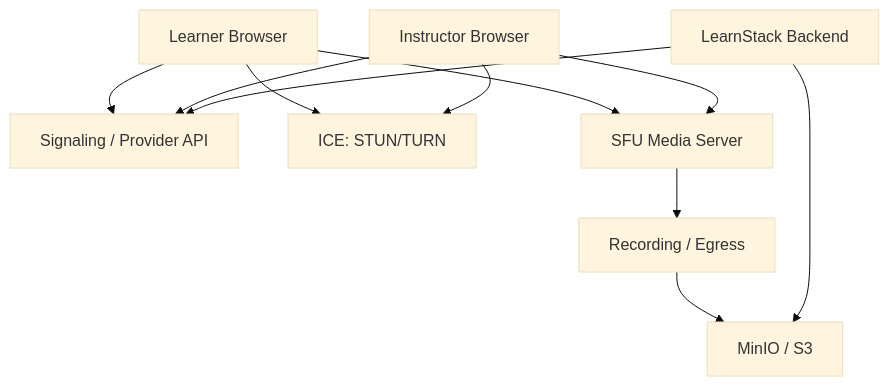
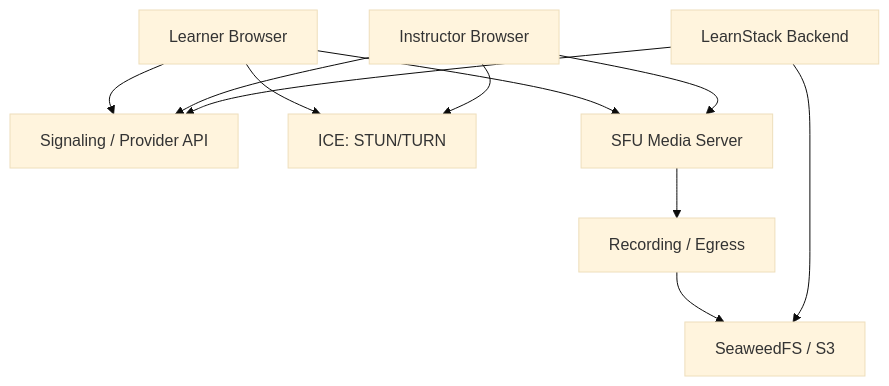
One commit to HodeTech/LearnStack changed the diagram in docs/architecture/18-webrtc-build-vs-adopt.md. Above: the diagram before and after it, drawn with Mermaid (base theme). The commit also changed 42 other files, not shown here.

````diff
--- a/docs/architecture/18-webrtc-build-vs-adopt.md
+++ b/docs/architecture/18-webrtc-build-vs-adopt.md
@@ -33,13 +33,13 @@
 ```mermaid
 flowchart TD
     Learner["Learner Browser"] --> Signaling["Signaling / Provider API"]
     Instructor["Instructor Browser"] --> Signaling
     Learner --> ICE["ICE: STUN/TURN"]
     Instructor --> ICE
     Learner --> SFU["SFU Media Server"]
     Instructor --> SFU
     SFU --> Recording["Recording / Egress"]
-    Recording --> Storage["MinIO / S3"]
+    Recording --> Storage["SeaweedFS / S3"]
     Backend["LearnStack Backend"] --> Signaling
     Backend --> Storage
 ```
````
